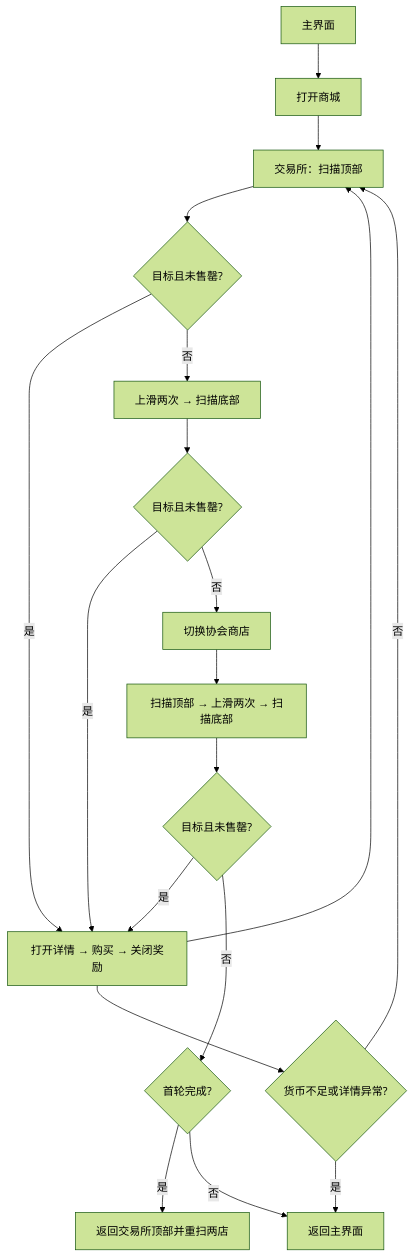
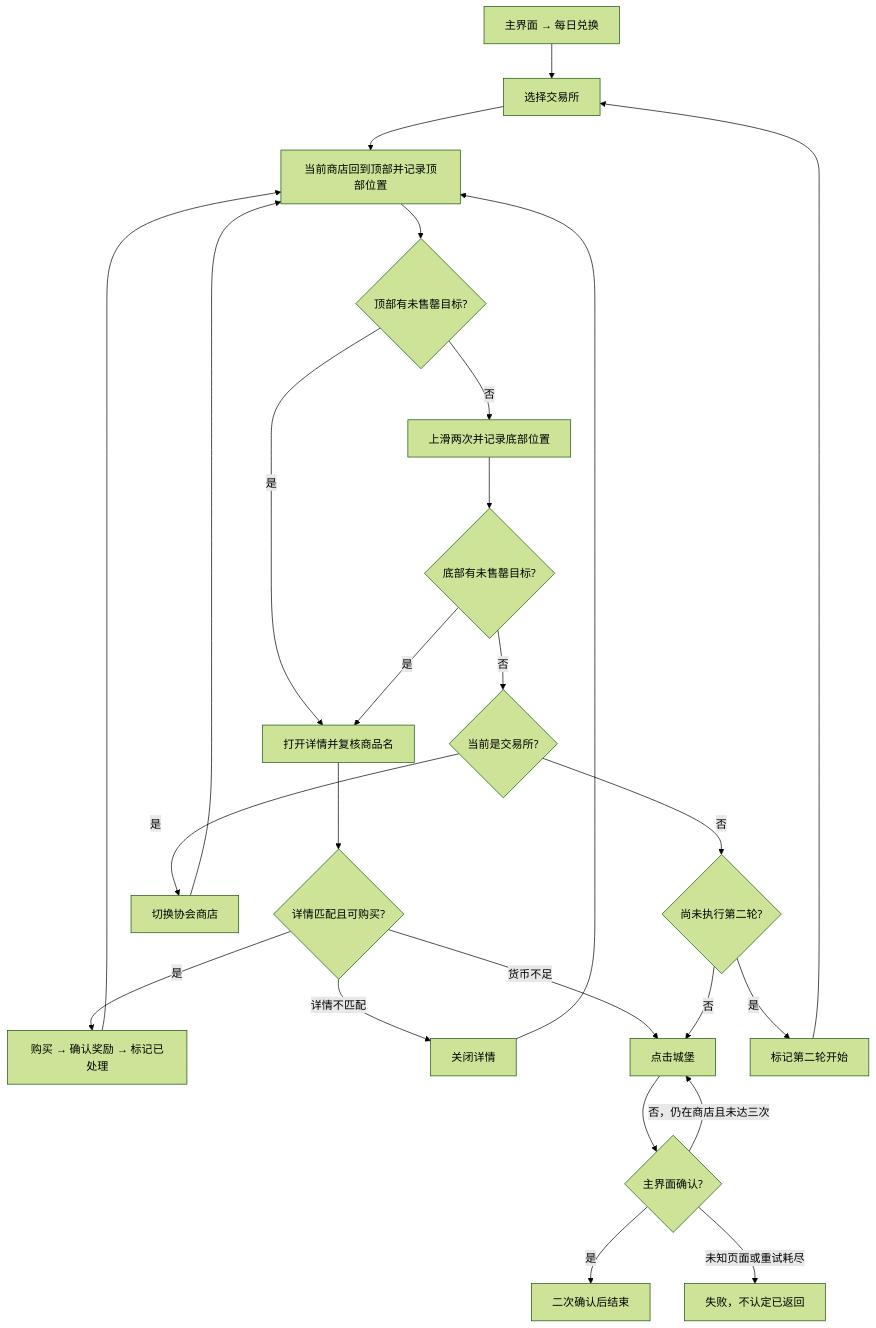
The diagram in docs/zh_cn/tasks/daily_shop.md (cccrx1/TKFMaa), drawn with Mermaid (forest theme) before and after one commit. The commit also changed other lines of this file and 4 other files, not shown here.

````diff
--- a/docs/zh_cn/tasks/daily_shop.md
+++ b/docs/zh_cn/tasks/daily_shop.md
@@ -18,22 +18,27 @@
 ```mermaid
 flowchart TD
-A[主界面] --> B[打开商城]
-B --> C[交易所：扫描顶部]
-C --> D{目标且未售罄?}
-D -->|是| E[打开详情 → 购买 → 关闭奖励]
-E --> C
-D -->|否| F[上滑两次 → 扫描底部]
-F --> G{目标且未售罄?}
-G -->|是| E
-G -->|否| H[切换协会商店]
-H --> I[扫描顶部 → 上滑两次 → 扫描底部]
-I --> J{目标且未售罄?}
-J -->|是| E
-J -->|否| K{首轮完成?}
-K -->|是| L[返回交易所顶部并重扫两店]
-K -->|否| M[返回主界面]
-E --> N{货币不足或详情异常?}
-N -->|是| M
-N -->|否| C
-
+    A[主界面 → 每日兑换] --> B[选择交易所]
+    B --> C[当前商店回到顶部并记录顶部位置]
+    C --> D{顶部有未售罄目标?}
+    D -->|是| E[打开详情并复核商品名]
+    D -->|否| F[上滑两次并记录底部位置]
+    F --> G{底部有未售罄目标?}
+    G -->|是| E
+    E --> H{详情匹配且可购买?}
+    H -->|是| I[购买 → 确认奖励 → 标记已处理]
+    I --> C
+    H -->|详情不匹配| J[关闭详情]
+    J --> C
+    H -->|货币不足| R[点击城堡]
+    G -->|否| K{当前是交易所?}
+    K -->|是| L[切换协会商店]
+    L --> C
+    K -->|否| M{尚未执行第二轮?}
+    M -->|是| N[标记第二轮开始]
+    N --> B
+    M -->|否| R
+    R --> S{主界面确认?}
+    S -->|是| T[二次确认后结束]
+    S -->|否，仍在商店且未达三次| R
+    S -->|未知页面或重试耗尽| U[失败，不认定已返回]
 ```
````
